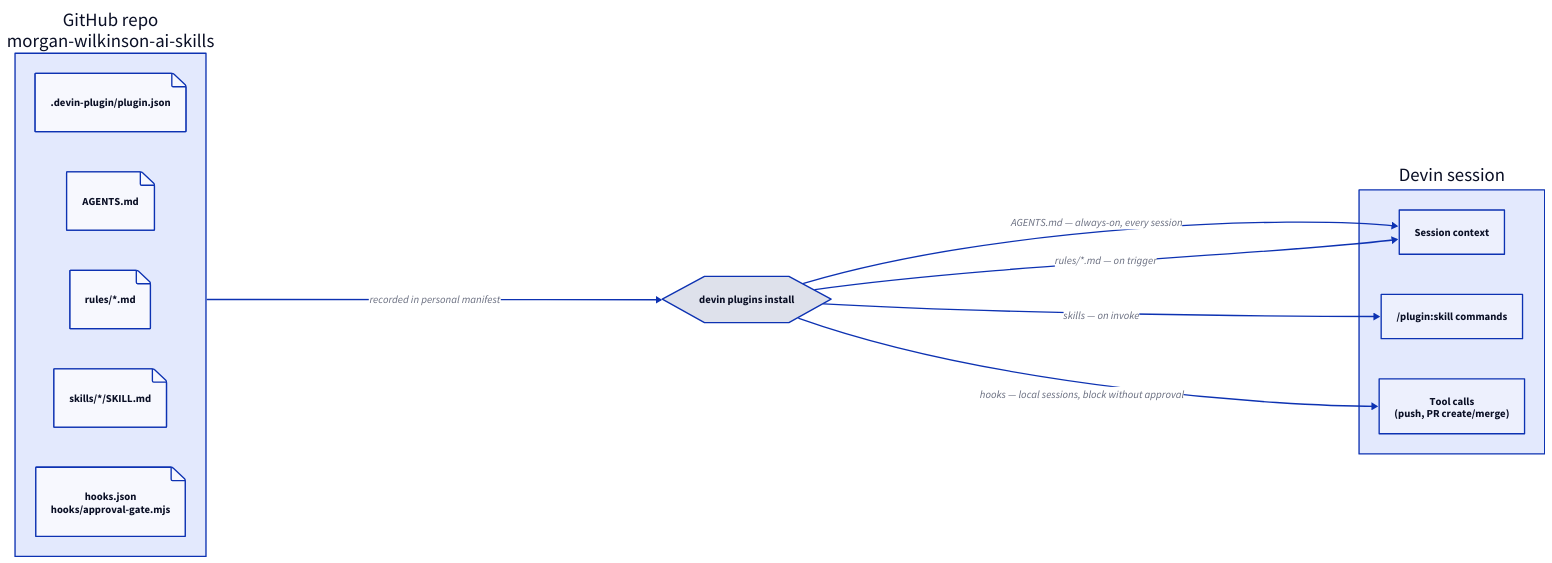
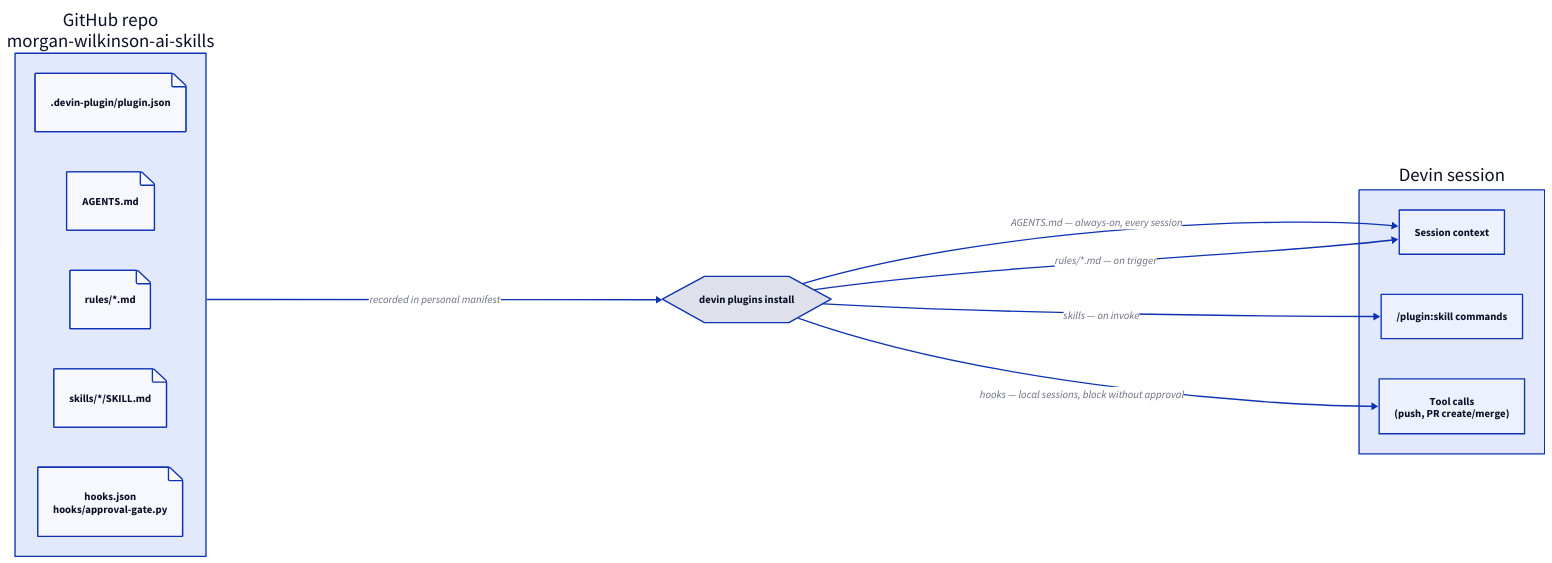
The diagram in docs/diagrams/plugin-structure.d2 (Morgan-WIlkinson98/morgan-wilkinson-ai-skills), drawn with D2 before and after one commit. The commit also changed 11 other files, not shown here.

First line of the commit message:
Port approval-gate hook to Python (#17)

```diff
--- a/docs/diagrams/plugin-structure.d2
+++ b/docs/diagrams/plugin-structure.d2
@@ -1,35 +1,35 @@
 direction: right
 
 repo: GitHub repo\nmorgan-wilkinson-ai-skills {
   manifest: ".devin-plugin/plugin.json" {
     shape: page
   }
   agents: "AGENTS.md" {
     shape: page
   }
   rules: "rules/*.md" {
     shape: page
   }
   skills: "skills/*/SKILL.md" {
     shape: page
   }
-  hooks: "hooks.json\nhooks/approval-gate.mjs" {
+  hooks: "hooks.json\nhooks/approval-gate.py" {
     shape: page
   }
 }
 
 install: "devin plugins install" {
   shape: hexagon
 }
 
 session: Devin session {
   ctx: Session context
   slash: "/plugin:skill commands"
   gate: "Tool calls\n(push, PR create/merge)"
 }
 
 repo -> install: "recorded in personal manifest"
 install -> session.ctx: "AGENTS.md — always-on, every session"
 install -> session.ctx: "rules/*.md — on trigger"
 install -> session.slash: "skills — on invoke"
 install -> session.gate: "hooks — local sessions, block without approval"
```
